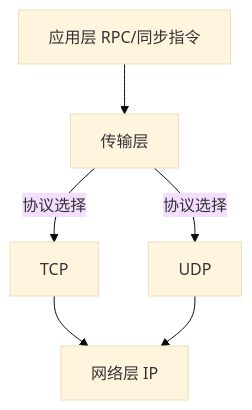
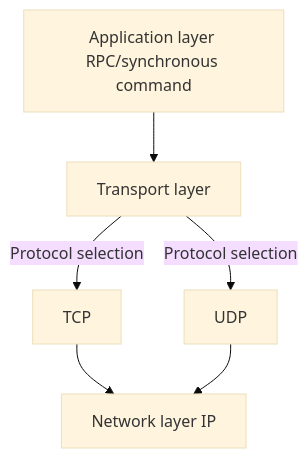
Before and after one commit to Canglangzi/NetickDocumentation: the diagram in NetworkNodes/English/Preface/Network.md, drawn with Mermaid (base theme). The commit also changed other lines of this file and 2 other files, not shown here.

````diff
--- a/NetworkNodes/English/Preface/Network.md
+++ b/NetworkNodes/English/Preface/Network.md
@@ -9,8 +9,8 @@
 ```mermaid
 graph TD
-    A[应用层 RPC/同步指令] --> B[传输层]
-    B -->|协议选择| C[TCP]
-    B -->|协议选择| D[UDP]
-    C --> E[网络层 IP]
-    D --> E
+A[Application layer RPC/synchronous command] --> B[Transport layer]
+B -->|Protocol selection| C[TCP]
+B -->|Protocol selection| D[UDP]
+C --> E[Network layer IP]
+D --> E
 ```
````
